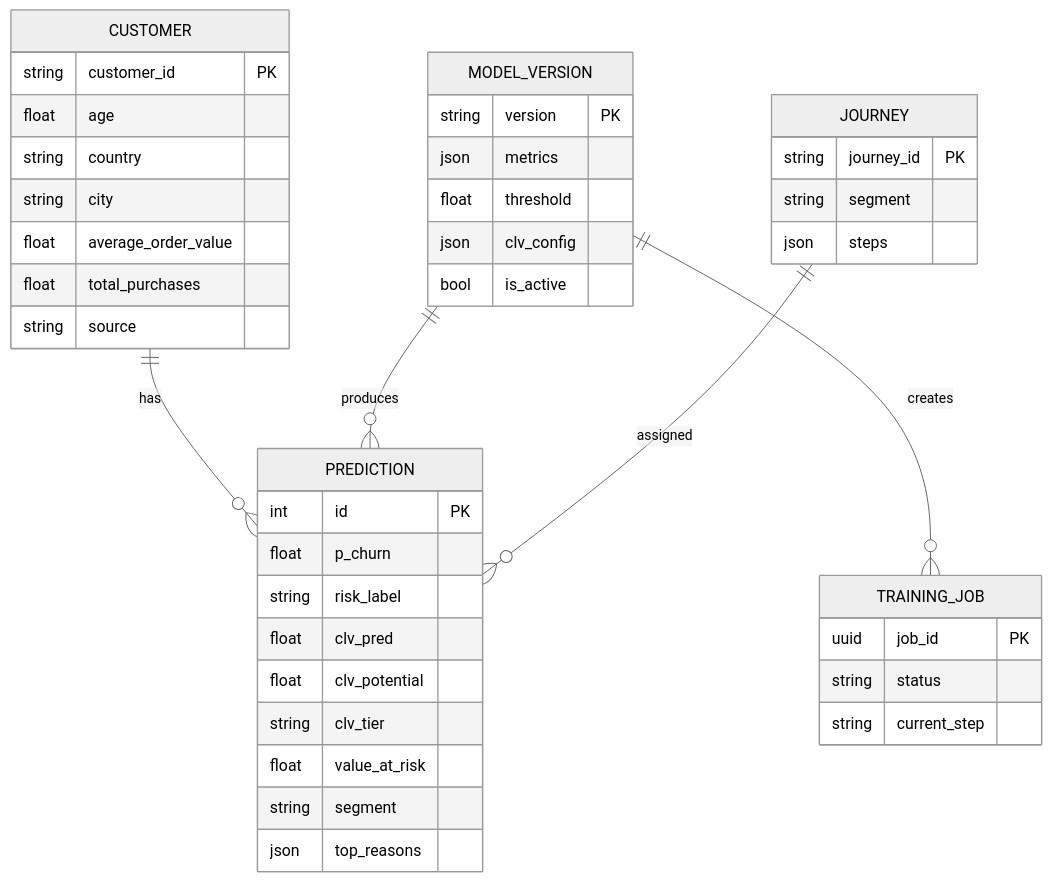
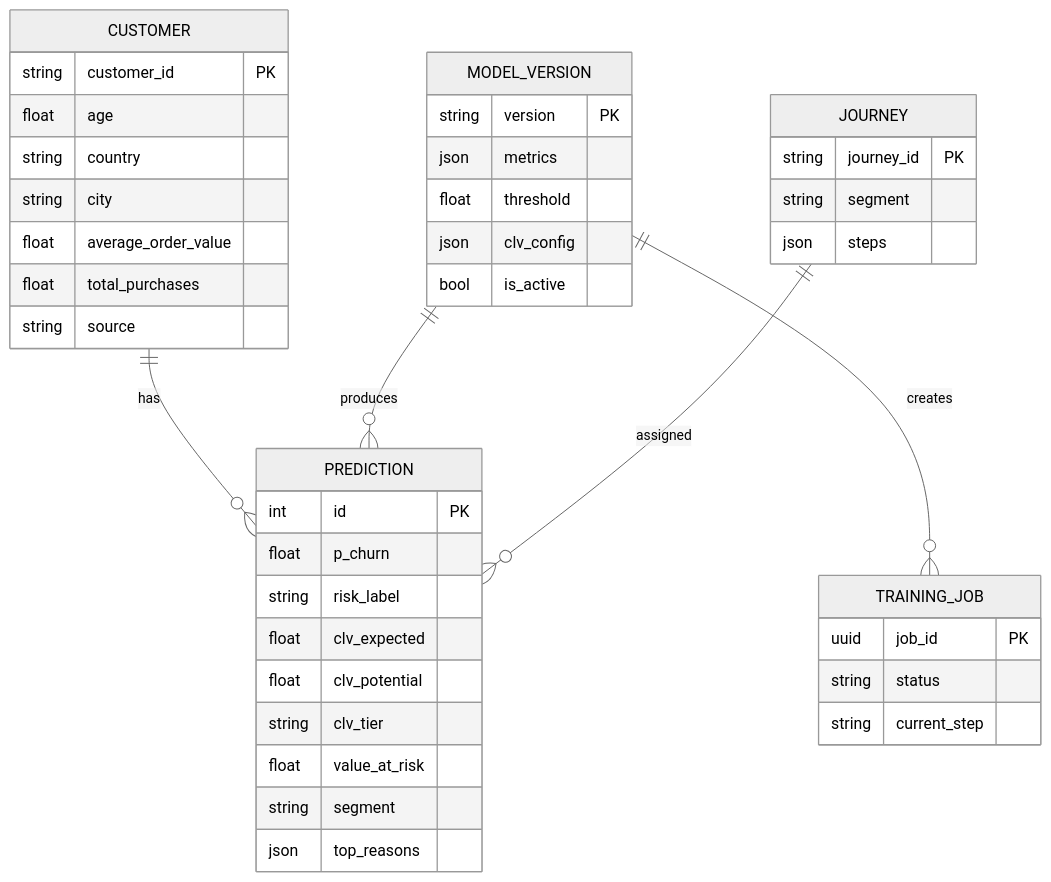
One commit to Khoailat2808/machine_learning_project changed the third of 3 diagrams in docs/03-architecture.md. Above: the diagram before and after it, drawn with Mermaid (neutral theme). The commit also changed other lines of this file and 11 other files, not shown here.

````diff
--- a/docs/03-architecture.md
+++ b/docs/03-architecture.md
@@ -95,44 +95,44 @@
 ```mermaid
 erDiagram
     CUSTOMER ||--o{ PREDICTION : has
     MODEL_VERSION ||--o{ PREDICTION : produces
     JOURNEY ||--o{ PREDICTION : assigned
     MODEL_VERSION ||--o{ TRAINING_JOB : creates
     CUSTOMER {
         string customer_id PK
         float age
         string country
         string city
         float average_order_value
         float total_purchases
         string source
     }
     PREDICTION {
         int id PK
         float p_churn
         string risk_label
-        float clv_pred
+        float clv_expected
         float clv_potential
         string clv_tier
         float value_at_risk
         string segment
         json top_reasons
     }
     JOURNEY {
         string journey_id PK
         string segment
         json steps
     }
     MODEL_VERSION {
         string version PK
         json metrics
         float threshold
         json clv_config
         bool is_active
     }
     TRAINING_JOB {
         uuid job_id PK
         string status
         string current_step
     }
 ```
````
